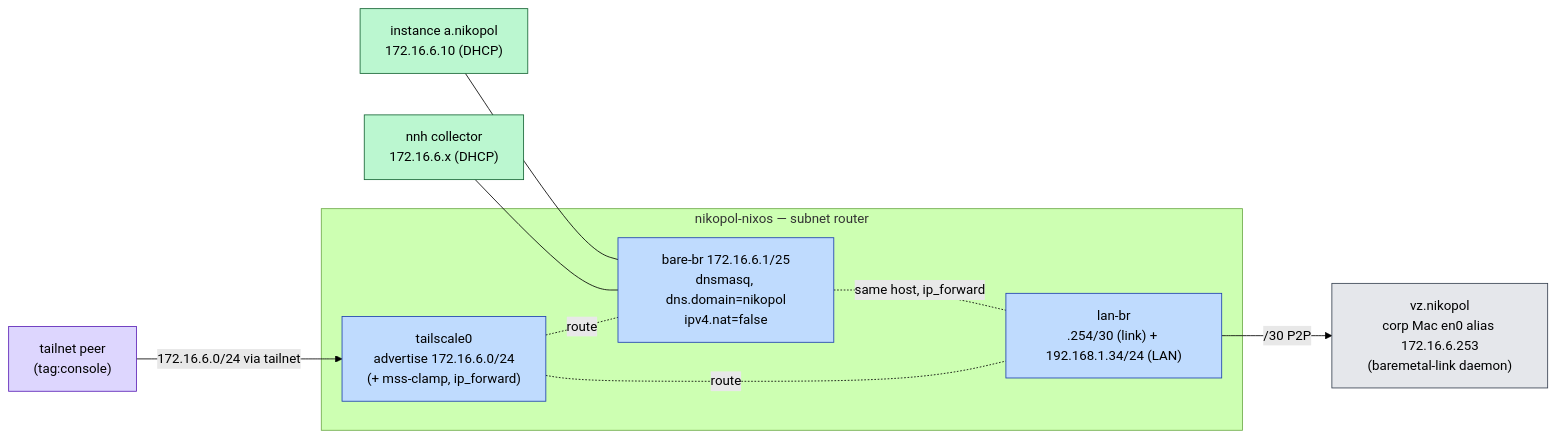
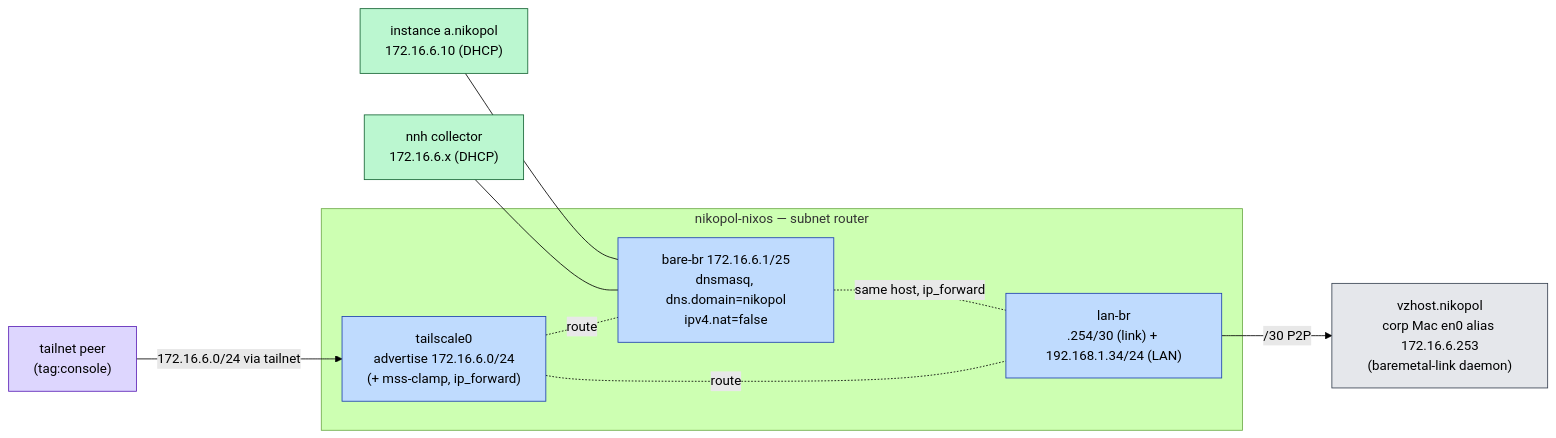
One commit to seedmatic/ndh changed the second of 3 diagrams in docs/network-catalog-segments.adoc. Above: the diagram before and after it, drawn with Mermaid (forest theme). The commit also changed other lines of this file and 27 other files, not shown here.

First line of the commit message:
docs: purge retired Lima provider; integrate vzhost.nikopol rename

```diff
--- a/docs/network-catalog-segments.adoc
+++ b/docs/network-catalog-segments.adoc
@@ -79,26 +79,26 @@
 [mermaid]
 ....
 flowchart LR
   subgraph nixos [nikopol-nixos — subnet router]
     BARE["bare-br 172.16.6.1/25\ndnsmasq, dns.domain=nikopol\nipv4.nat=false"]:::infra
     LAN["lan-br\n.254/30 (link) + 192.168.1.34/24 (LAN)"]:::infra
     TS0["tailscale0\nadvertise 172.16.6.0/24\n(+ mss-clamp, ip_forward)"]:::infra
   end
   I1["instance a.nikopol\n172.16.6.10 (DHCP)"]:::wl
   I2["nnh collector\n172.16.6.x (DHCP)"]:::wl
-  VZ["vz.nikopol\ncorp Mac en0 alias 172.16.6.253\n(baremetal-link daemon)"]:::ext
+  VZ["vzhost.nikopol\ncorp Mac en0 alias 172.16.6.253\n(baremetal-link daemon)"]:::ext
   PEER["tailnet peer\n(tag:console)"]:::actor
 
   I1 --- BARE
   I2 --- BARE
   BARE -. "same host, ip_forward" .- LAN
   LAN -->|"/30 P2P"| VZ
   PEER -->|"172.16.6.0/24 via tailnet"| TS0
   TS0 -. route .- BARE
   TS0 -. route .- LAN
 
   classDef infra fill:#bfdbfe,stroke:#1e40af,color:#000;
   classDef wl fill:#bbf7d0,stroke:#166534,color:#000;
   classDef ext fill:#e5e7eb,stroke:#374151,color:#000;
   classDef actor fill:#ddd6fe,stroke:#5b21b6,color:#000;
 ....
```
